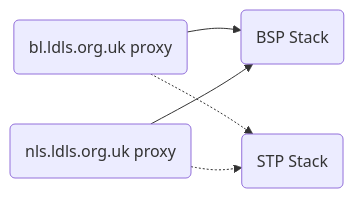
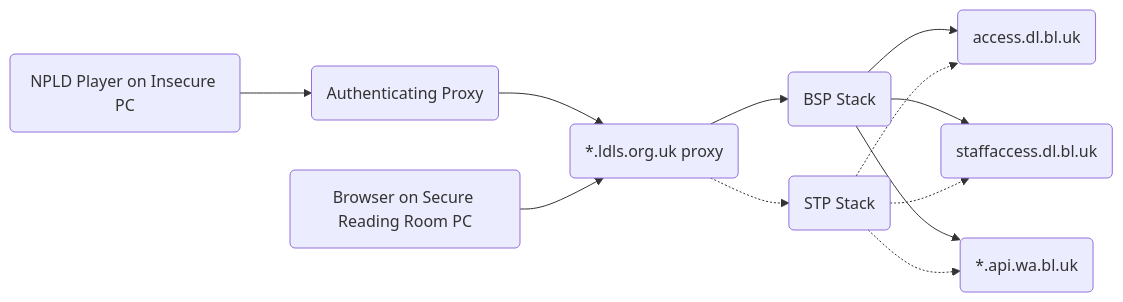
One commit to ukwa/npld-access-stack changed the diagram in README.md. Above: the diagram before and after it, drawn with Mermaid. The commit also changed other lines of this file, not shown here.

````diff
--- a/README.md
+++ b/README.md
@@ -49,7 +49,18 @@
 ```mermaid
 graph LR;
-  BL(bl.ldls.org.uk proxy) --> S1(BSP Stack);
-  BL -.-> S2(STP Stack);
-  NLS(nls.ldls.org.uk proxy) --> S1;
-  NLS -.-> S2;
+  NP(NPLD Player on Insecure PC) --> AP(Authenticating Proxy);
+  AP --> LDL;
+
+  WB(Browser on Secure Reading Room PC) --> LDL;
+
+  LDL(*.ldls.org.uk proxy) --> S1(BSP Stack);
+  LDL -.-> S2(STP Stack);
+
+  S1 --> DA(access.dl.bl.uk)
+  S1 --> DS(staffaccess.dl.bl.uk)
+  S1 --> UKWA(*.api.wa.bl.uk)
+  
+  S2 -.-> DA(access.dl.bl.uk)
+  S2 -.-> DS(staffaccess.dl.bl.uk)
+  S2 -.-> UKWA(*.api.wa.bl.uk)
 ```
````
